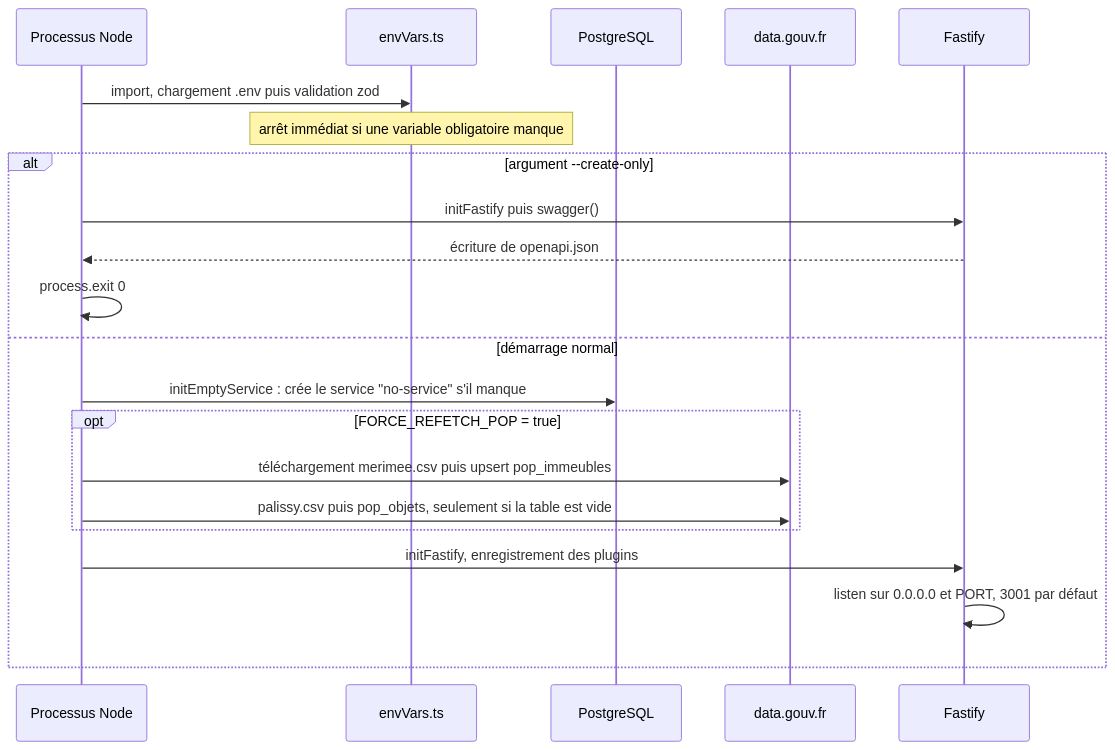
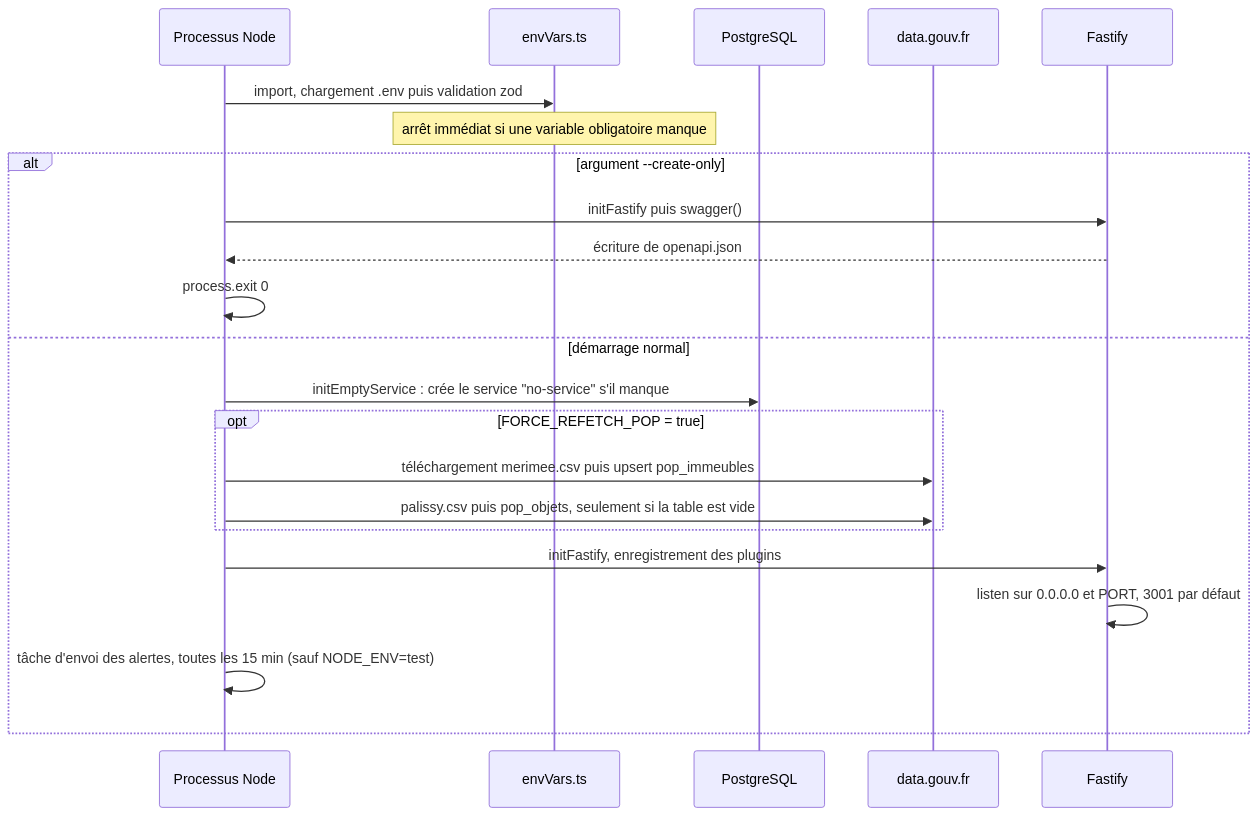
The first of 5 diagrams in docs/04-backend-api.md (betagouv/patrinotes), drawn with Mermaid before and after one commit. The commit also changed other lines of this file and 18 other files, not shown here.

````diff
--- a/docs/04-backend-api.md
+++ b/docs/04-backend-api.md
@@ -80,23 +84,24 @@
 ```mermaid
 sequenceDiagram
     participant P as Processus Node
     participant E as envVars.ts
     participant DB as PostgreSQL
     participant POP as data.gouv.fr
     participant F as Fastify
     P->>E: import, chargement .env puis validation zod
     Note over E: arrêt immédiat si une variable obligatoire manque
     alt argument --create-only
         P->>F: initFastify puis swagger()
         F-->>P: écriture de openapi.json
         P->>P: process.exit 0
     else démarrage normal
         P->>DB: initEmptyService : crée le service "no-service" s'il manque
         opt FORCE_REFETCH_POP = true
             P->>POP: téléchargement merimee.csv puis upsert pop_immeubles
             P->>POP: palissy.csv puis pop_objets, seulement si la table est vide
         end
         P->>F: initFastify, enregistrement des plugins
         F->>F: listen sur 0.0.0.0 et PORT, 3001 par défaut
+        P->>P: tâche d'envoi des alertes, toutes les 15 min (sauf NODE_ENV=test)
     end
 ```
````
